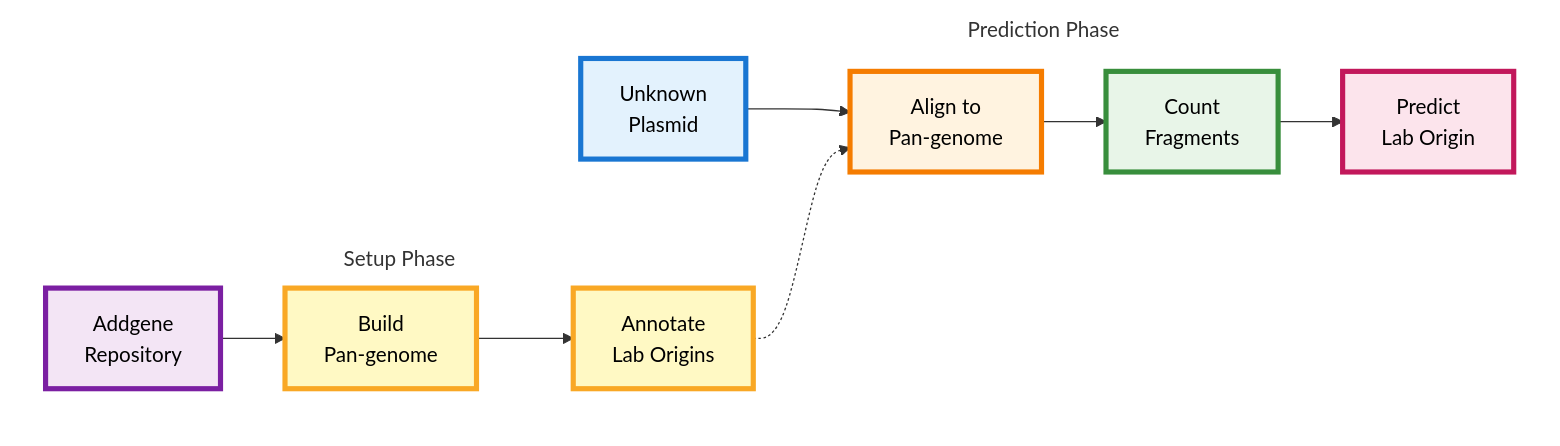
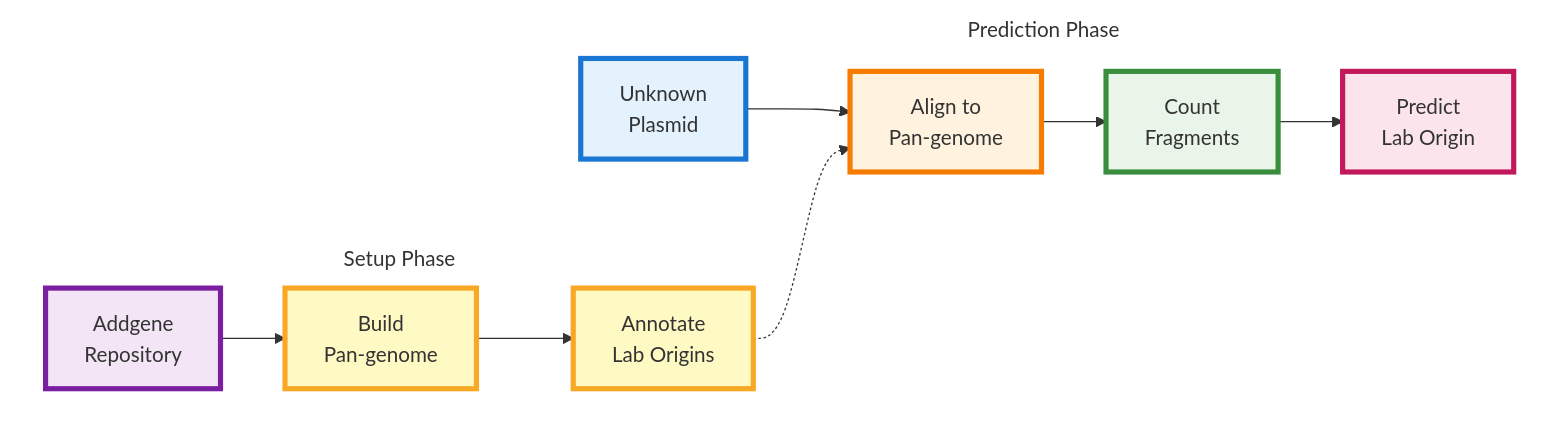
The third of 3 diagrams in posts/gea/index.qmd (mastoffel/blog), drawn with Mermaid before and after one commit. The commit also changed other lines of this file and 2 other files, not shown here.

````diff
--- a/posts/gea/index.qmd
+++ b/posts/gea/index.qmd
@@ -87,32 +87,32 @@
 ```{mermaid}
 %%| label: fig-plasmidHawk
 %%| fig-cap: Wang et al. PlasmidHawk Pipeline for Lab-of-Origin Prediction
 
 flowchart LR
     subgraph S1 ["Setup Phase"]
         E["Addgene<br/>Repository"] 
         F["Build<br/>Pan-genome"] 
         G["Annotate<br/>Lab Origins"]
         E --> F --> G
     end
     
     subgraph S2 ["Prediction Phase"]
         A["Unknown<br/>Plasmid"] 
         B["Align to<br/>Pan-genome"] 
         C["Count<br/>Fragments"] 
         D["Predict<br/>Lab Origin"]
         A --> B --> C --> D
     end
     
     G -.-> B
     
     style S1 fill:none,stroke:none
     style S2 fill:none,stroke:none
-    style E fill:#f3e5f5,stroke:#7b1fa2,stroke-width:4px,color:#000
-    style F fill:#fff9c4,stroke:#f9a825,stroke-width:4px,color:#000
-    style G fill:#fff9c4,stroke:#f9a825,stroke-width:4px,color:#000
-    style A fill:#e3f2fd,stroke:#1976d2,stroke-width:4px,color:#000
-    style B fill:#fff3e0,stroke:#f57c00,stroke-width:4px,color:#000
-    style C fill:#e8f5e8,stroke:#388e3c,stroke-width:4px,color:#000
-    style D fill:#fce4ec,stroke:#c2185b,stroke-width:4px,color:#000
+    style E fill:#f3e5f5,stroke:#7b1fa2,stroke-width:4px,color:
+    style F fill:#fff9c4,stroke:#f9a825,stroke-width:4px,color:
+    style G fill:#fff9c4,stroke:#f9a825,stroke-width:4px,color:
+    style A fill:#e3f2fd,stroke:#1976d2,stroke-width:4px,color:
+    style B fill:#fff3e0,stroke:#f57c00,stroke-width:4px,color:
+    style C fill:#e8f5e8,stroke:#388e3c,stroke-width:4px,color:
+    style D fill:#fce4ec,stroke:#c2185b,stroke-width:4px,color:
 ```
````
